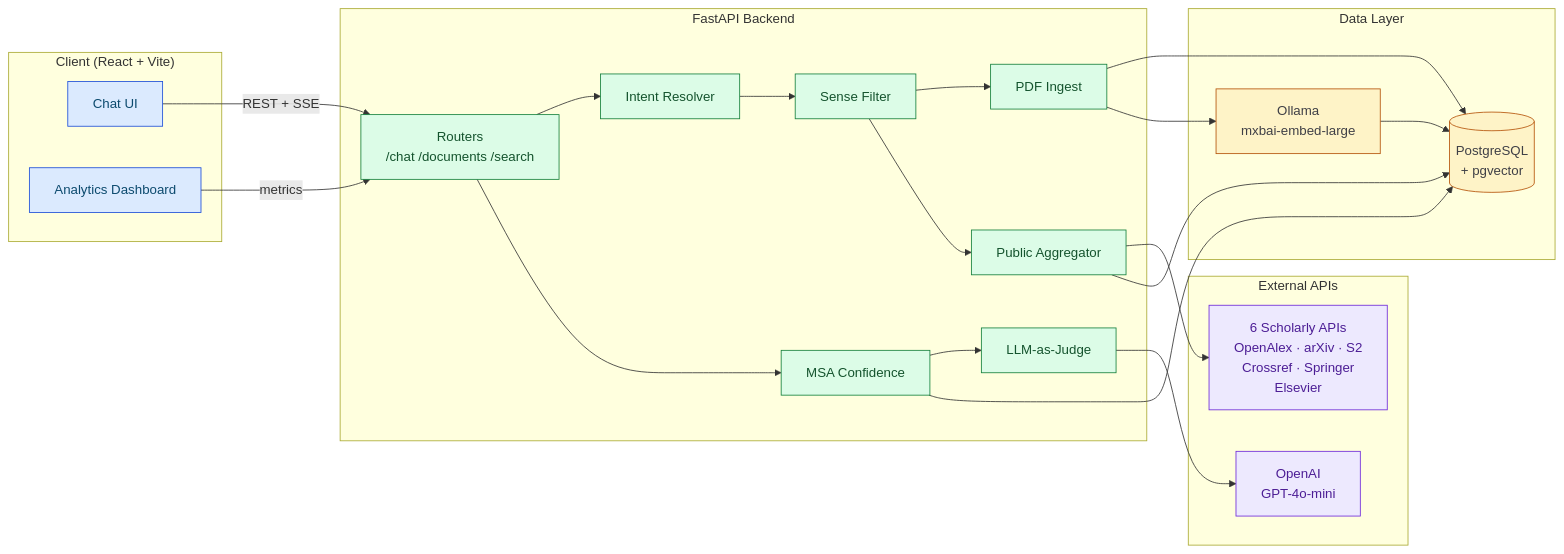
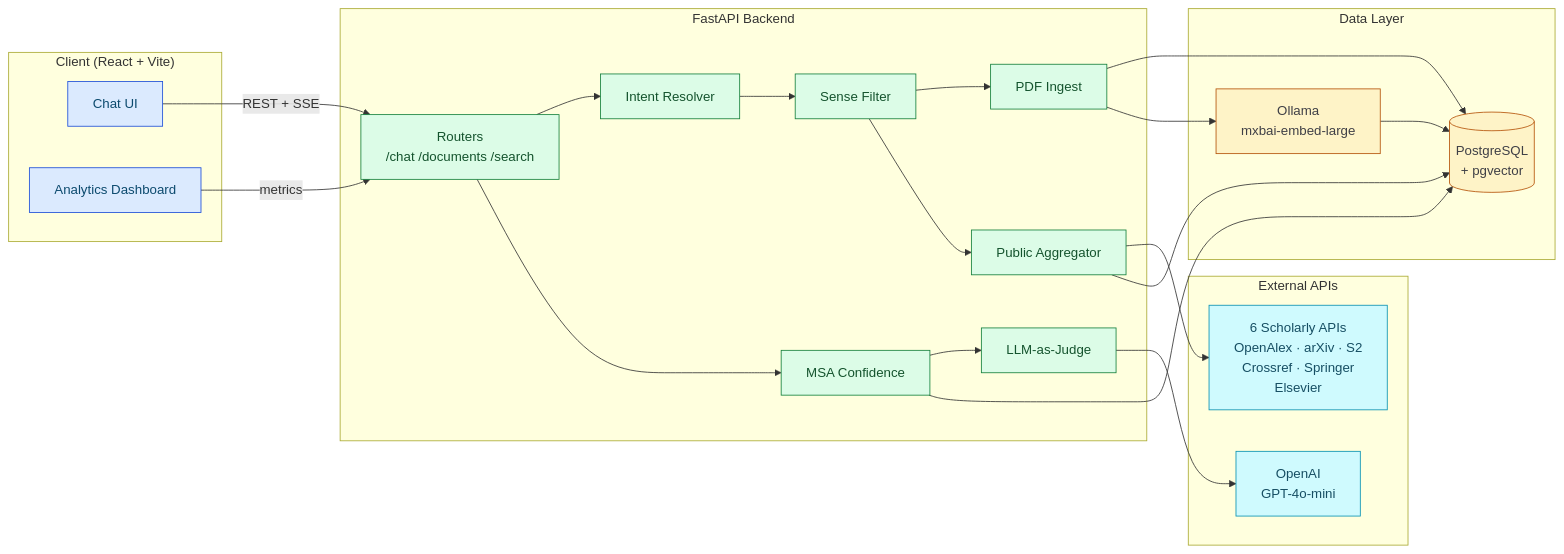
The first of 17 diagrams in README.md (sushildalavi/sourcery), drawn with Mermaid before and after one commit. The commit also changed other lines of this file and 9 other files, not shown here.

Commit message:
kill remaining pink: rose-* tailwind classes -> red-*, mermaid violet -> cyan, warn color red

````diff
--- a/README.md
+++ b/README.md
@@ -72,51 +72,51 @@
 ```mermaid
 flowchart LR
     subgraph Client["Client (React + Vite)"]
         UI[Chat UI]
         AN[Analytics Dashboard]
     end
 
     subgraph API["FastAPI Backend"]
         ROUTE[Routers<br/>/chat /documents /search]
         IR[Intent Resolver]
         SR[Sense Filter]
         ING[PDF Ingest]
         AGG[Public Aggregator]
         CONF[MSA Confidence]
         JUDGE[LLM-as-Judge]
     end
 
     subgraph Data["Data Layer"]
         PG[(PostgreSQL<br/>+ pgvector)]
         OL[Ollama<br/>mxbai-embed-large]
     end
 
     subgraph External["External APIs"]
         OAI[OpenAI<br/>GPT-4o-mini]
         SCH[6 Scholarly APIs<br/>OpenAlex · arXiv · S2<br/>Crossref · Springer<br/>Elsevier]
     end
 
-    %% Brand palette: indigo (client) · emerald (api) · amber (data) · violet (external)
+    %% Brand palette: indigo (client) · emerald (api) · amber (data) · cyan (external)
 
     UI -->|REST + SSE| ROUTE
     AN -->|metrics| ROUTE
     ROUTE --> IR --> SR
     SR --> ING & AGG
     ING --> PG
     AGG --> SCH
     AGG --> PG
     ROUTE --> CONF --> JUDGE
     CONF --> PG
     JUDGE --> OAI
     ING --> OL
     OL --> PG
 
     classDef client fill:#dbeafe,stroke:#1d4ed8,color:#0c4a6e
     classDef api fill:#dcfce7,stroke:#15803d,color:#14532d
     classDef data fill:#fef3c7,stroke:#b45309,color:#3f3f46
-    classDef ext fill:#ede9fe,stroke:#6d28d9,color:#4c1d95
+    classDef ext fill:#cffafe,stroke:#0891b2,color:#164e63
     class UI,AN client
     class ROUTE,IR,SR,ING,AGG,CONF,JUDGE api
     class PG,OL data
     class OAI,SCH ext
 ```
````
